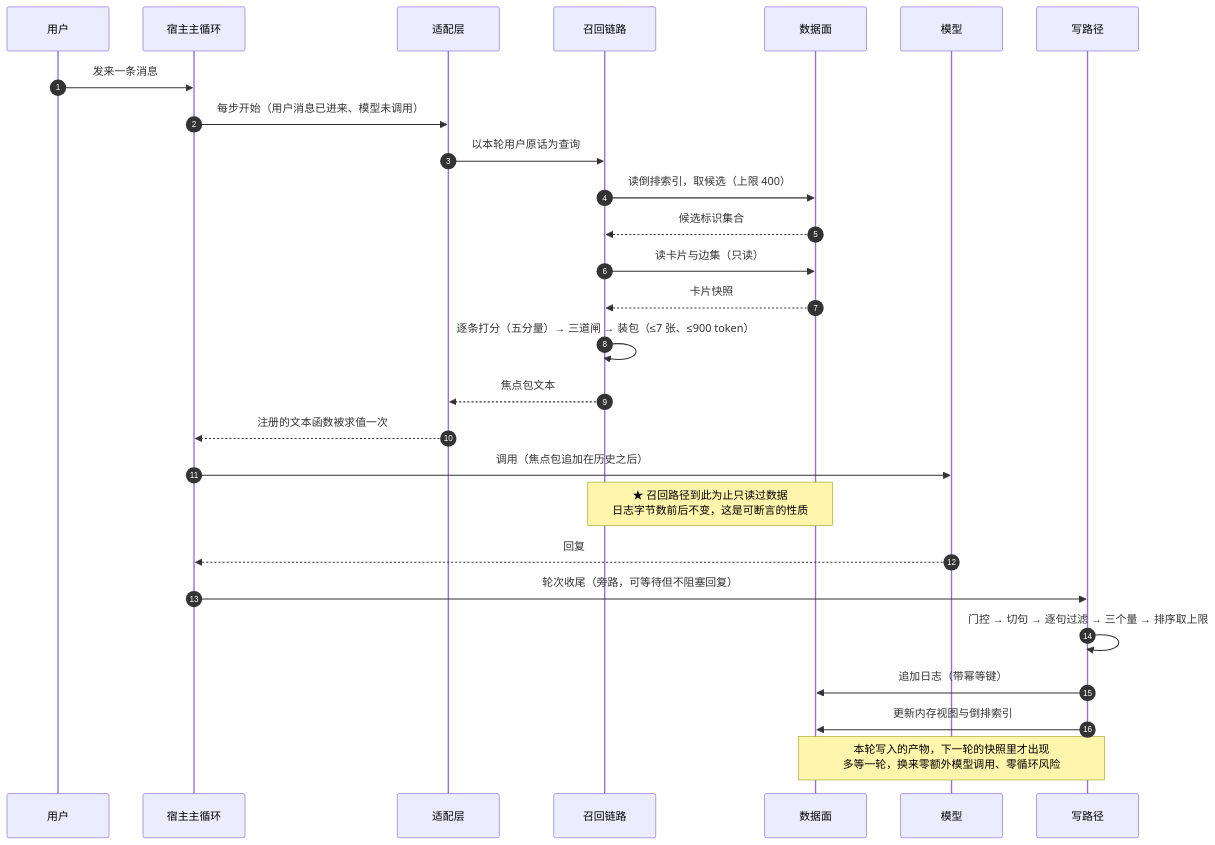
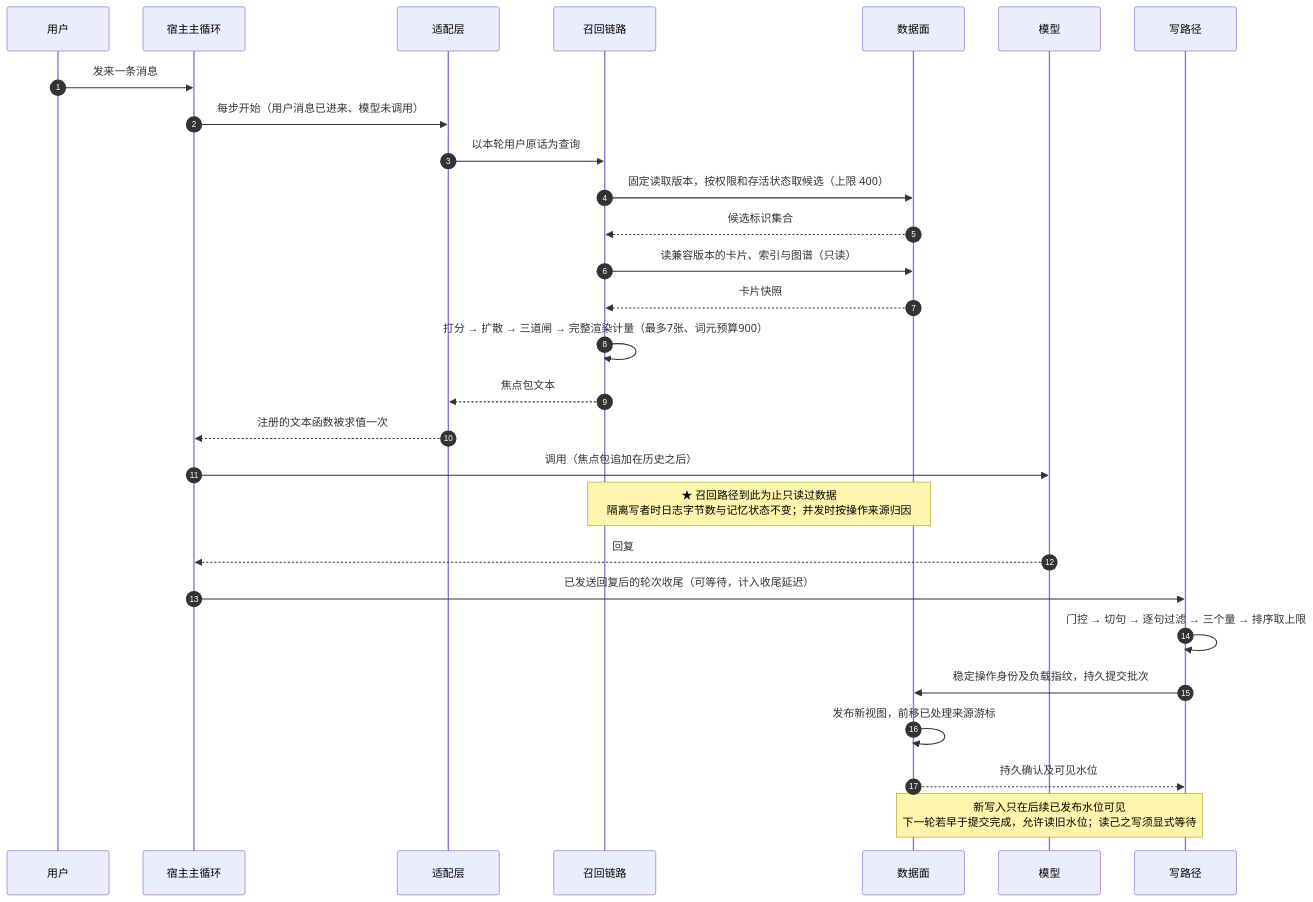
Before and after one commit to liruilong9999/memory: the first of 21 diagrams in docs/docs_new/11-时序图与流程图集.md, drawn with Mermaid. The commit also changed other lines of this file and 13 other files, not shown here.

````diff
--- a/docs/docs_new/11-时序图与流程图集.md
+++ b/docs/docs_new/11-时序图与流程图集.md
@@ -70,30 +70,31 @@
 ```mermaid
 sequenceDiagram
     autonumber
     participant 用户
     participant 宿主 as 宿主主循环
     participant 适配 as 适配层
     participant 召回 as 召回链路
     participant 面 as 数据面
     participant 模型
     participant 写入 as 写路径
 
     用户->>宿主: 发来一条消息
     宿主->>适配: 每步开始（用户消息已进来、模型未调用）
     适配->>召回: 以本轮用户原话为查询
-    召回->>面: 读倒排索引，取候选（上限 400）
+    召回->>面: 固定读取版本，按权限和存活状态取候选（上限 400）
     面-->>召回: 候选标识集合
-    召回->>面: 读卡片与边集（只读）
+    召回->>面: 读兼容版本的卡片、索引与图谱（只读）
     面-->>召回: 卡片快照
-    召回->>召回: 逐条打分（五分量）→ 三道闸 → 装包（≤7 张、≤900 token）
+    召回->>召回: 打分 → 扩散 → 三道闸 → 完整渲染计量（最多7张、词元预算900）
     召回-->>适配: 焦点包文本
     适配-->>宿主: 注册的文本函数被求值一次
     宿主->>模型: 调用（焦点包追加在历史之后）
-    Note over 召回,面: ★ 召回路径到此为止只读过数据<br/>日志字节数前后不变，这是可断言的性质
+    Note over 召回,面: ★ 召回路径到此为止只读过数据<br/>隔离写者时日志字节数与记忆状态不变；并发时按操作来源归因
     模型-->>宿主: 回复
-    宿主->>写入: 轮次收尾（旁路，可等待但不阻塞回复）
+    宿主->>写入: 已发送回复后的轮次收尾（可等待，计入收尾延迟）
     写入->>写入: 门控 → 切句 → 逐句过滤 → 三个量 → 排序取上限
-    写入->>面: 追加日志（带幂等键）
-    写入->>面: 更新内存视图与倒排索引
-    Note over 写入,面: 本轮写入的产物，下一轮的快照里才出现<br/>多等一轮，换来零额外模型调用、零循环风险
+    写入->>面: 稳定操作身份及负载指纹，持久提交批次
+    面->>面: 发布新视图，前移已处理来源游标
+    面-->>写入: 持久确认及可见水位
+    Note over 写入,面: 新写入只在后续已发布水位可见<br/>下一轮若早于提交完成，允许读旧水位；读己之写须显式等待
 ```
````
